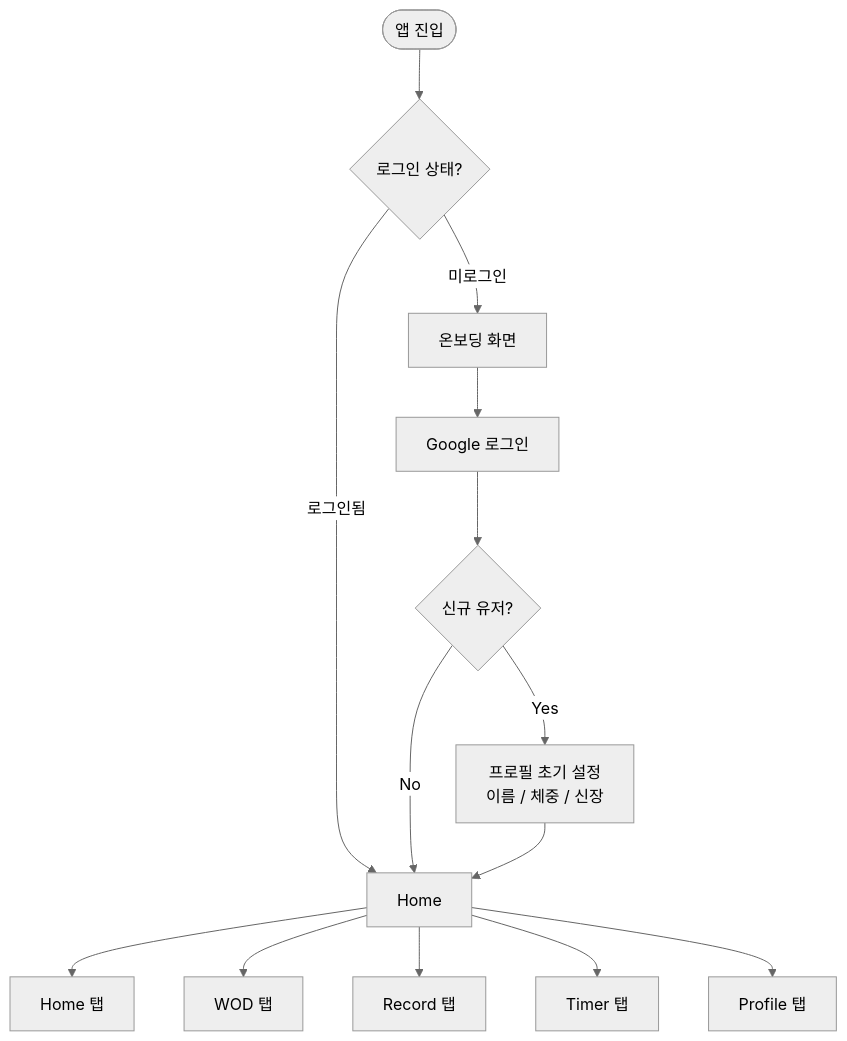
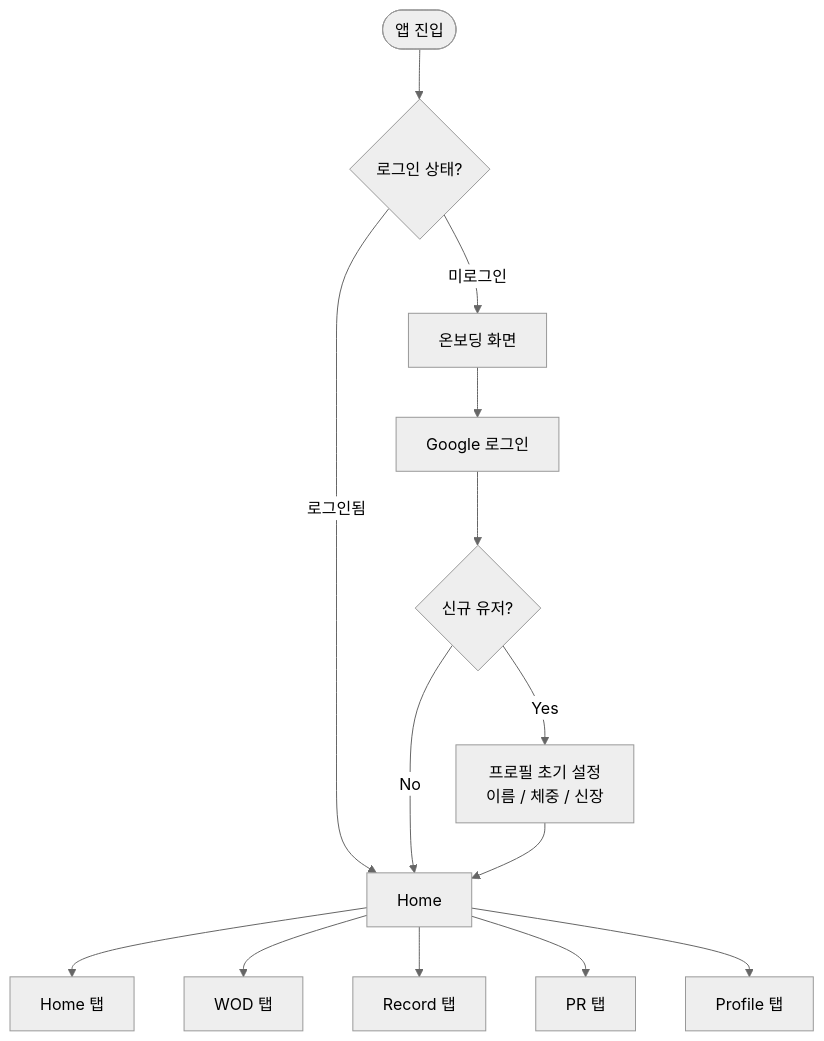
The first of 6 diagrams in 화면정의서/FLOWCHART.md (LionSeopBong/project-01), drawn with Mermaid (neutral theme) before and after one commit. The commit also changed other lines of this file and 8 other files, not shown here.

````diff
--- a/화면정의서/FLOWCHART.md
+++ b/화면정의서/FLOWCHART.md
@@ -9,18 +9,18 @@
 ```mermaid
 flowchart TD
     A([앱 진입]) --> B{로그인 상태?}
     B -- 미로그인 --> C[온보딩 화면]
     B -- 로그인됨 --> H[Home]
 
     C --> D[Google 로그인]
     D --> E{신규 유저?}
     E -- Yes --> F[프로필 초기 설정\n이름 / 체중 / 신장]
     E -- No --> H
     F --> H
 
     H --> TAB1[Home 탭]
     H --> TAB2[WOD 탭]
     H --> TAB3[Record 탭]
-    H --> TAB4[Timer 탭]
+    H --> TAB4[PR 탭]
     H --> TAB5[Profile 탭]
 ```
````
